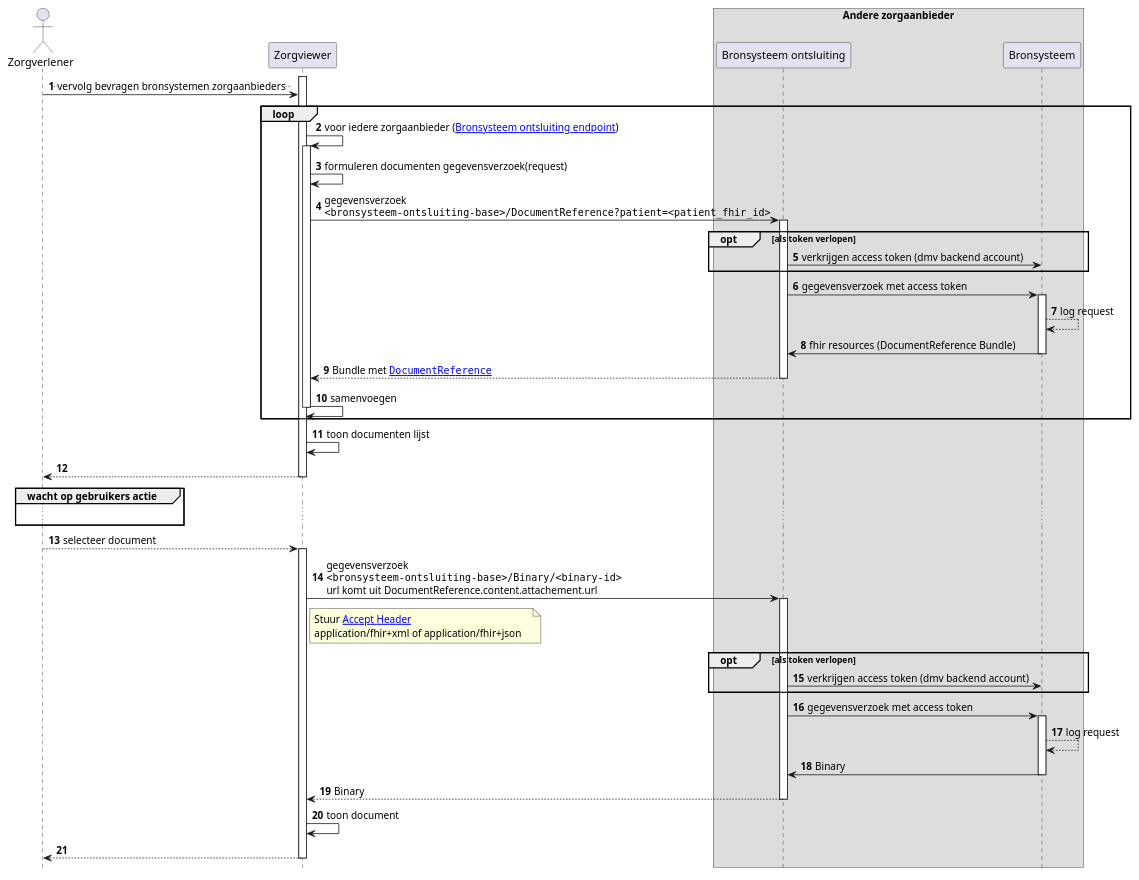
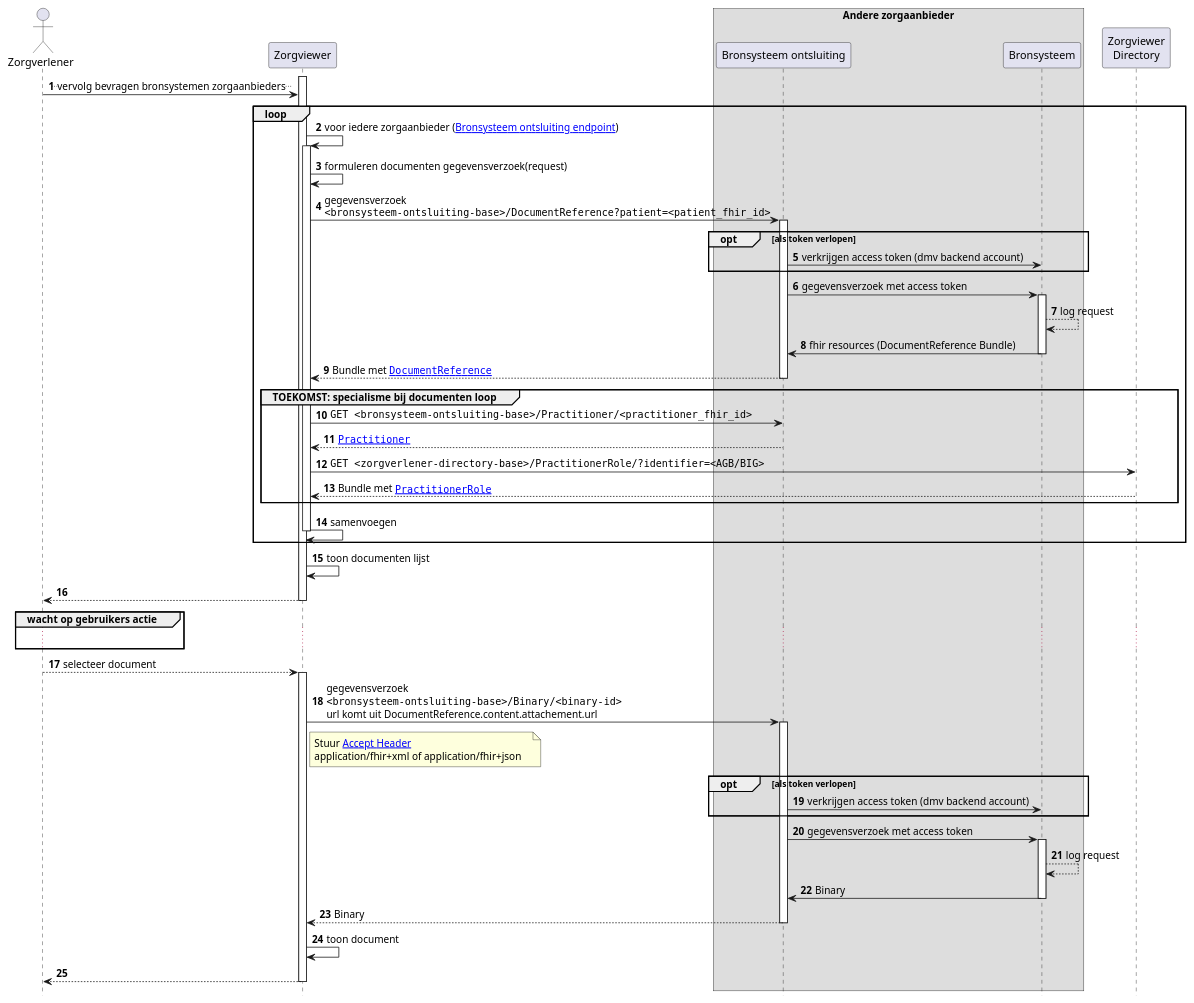
Before and after one commit to RIVO-Noord/zorgviewer-ig: the diagram in input/images-source/Zorgviewer-seq-4.plantuml, drawn with PlantUML. The commit also changed 1 other file, not shown here.

```diff
--- a/input/images-source/Zorgviewer-seq-4.plantuml
+++ b/input/images-source/Zorgviewer-seq-4.plantuml
@@ -1,61 +1,68 @@
 @startuml
 hide footbox
 autonumber
 
 actor Zorgverlener
 participant Zorgviewer
 box "Andere zorgaanbieder"
 participant "Bronsysteem ontsluiting" as Bron
 participant Bronsysteem
 end box
+participant "Zorgviewer\nDirectory" as zvdir
 
 activate Zorgviewer
 Zorgverlener->Zorgviewer: ..vervolg bevragen bronsystemen zorgaanbieders..
 loop
     Zorgviewer->Zorgviewer: voor iedere zorgaanbieder ([[Endpoint-UMCG.html Bronsysteem ontsluiting endpoint]])
     activate Zorgviewer
     Zorgviewer->Zorgviewer: formuleren documenten gegevensverzoek(request)
     Zorgviewer->Bron: gegevensverzoek\n""<bronsysteem-ontsluiting-base>/DocumentReference?patient=<patient_fhir_id>""
     activate Bron
     opt als token verlopen
         Bron->Bronsysteem : verkrijgen access token (dmv backend account)
     end opt
     Bron->Bronsysteem : gegevensverzoek met access token
     activate Bronsysteem
     Bronsysteem-->Bronsysteem: log request
     Bronsysteem->Bron: fhir resources (DocumentReference Bundle)
     deactivate Bronsysteem
     Bron-->Zorgviewer: Bundle met ""[[StructureDefinition-DocumentReference.html DocumentReference]]""
     deactivate Bron
+    group **TOEKOMST**: specialisme bij documenten loop
+        Zorgviewer->Bron: ""GET <bronsysteem-ontsluiting-base>/Practitioner/<practitioner_fhir_id>""
+        Bron-->Zorgviewer: ""[[StructureDefinition-Practitioner.html Practitioner]]""
+        Zorgviewer->zvdir: ""GET <zorgverlener-directory-base>/PractitionerRole/?identifier=<AGB/BIG>""
+        zvdir-->Zorgviewer: Bundle met ""[[StructureDefinition-PractitionerRole.html PractitionerRole]]""
+    end
     Zorgviewer->Zorgviewer: samenvoegen
     deactivate Zorgviewer
 end
 Zorgviewer->Zorgviewer: toon documenten lijst
 Zorgviewer-->Zorgverlener
 deactivate Zorgviewer
 group wacht op gebruikers actie
 ...
 end
 Zorgverlener-->Zorgviewer: selecteer document
 activate Zorgviewer
 Zorgviewer->Bron: gegevensverzoek\n""<bronsysteem-ontsluiting-base>/Binary/<binary-id>""\nurl komt uit DocumentReference.content.attachement.url
 note right Zorgviewer
     Stuur [[http://hl7.org/fhir/STU3/binary.html#rest Accept Header]]
     application/fhir+xml of application/fhir+json   
 end note
 activate Bron
 opt als token verlopen
     Bron->Bronsysteem : verkrijgen access token (dmv backend account)
 end opt
 Bron->Bronsysteem : gegevensverzoek met access token
 activate Bronsysteem
 Bronsysteem-->Bronsysteem: log request
 Bronsysteem->Bron: Binary
 deactivate Bronsysteem
 Bron-->Zorgviewer: Binary
 deactivate Bron
 Zorgviewer->Zorgviewer: toon document
 Zorgviewer-->Zorgverlener
 deactivate Zorgviewer
 
 @enduml
```
